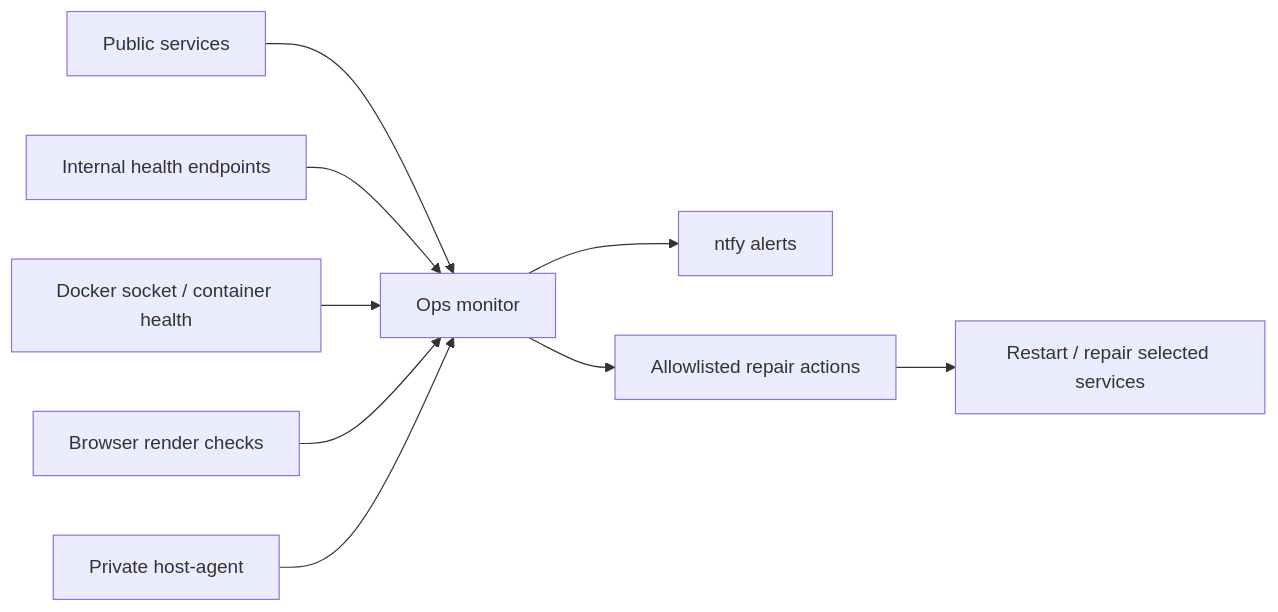
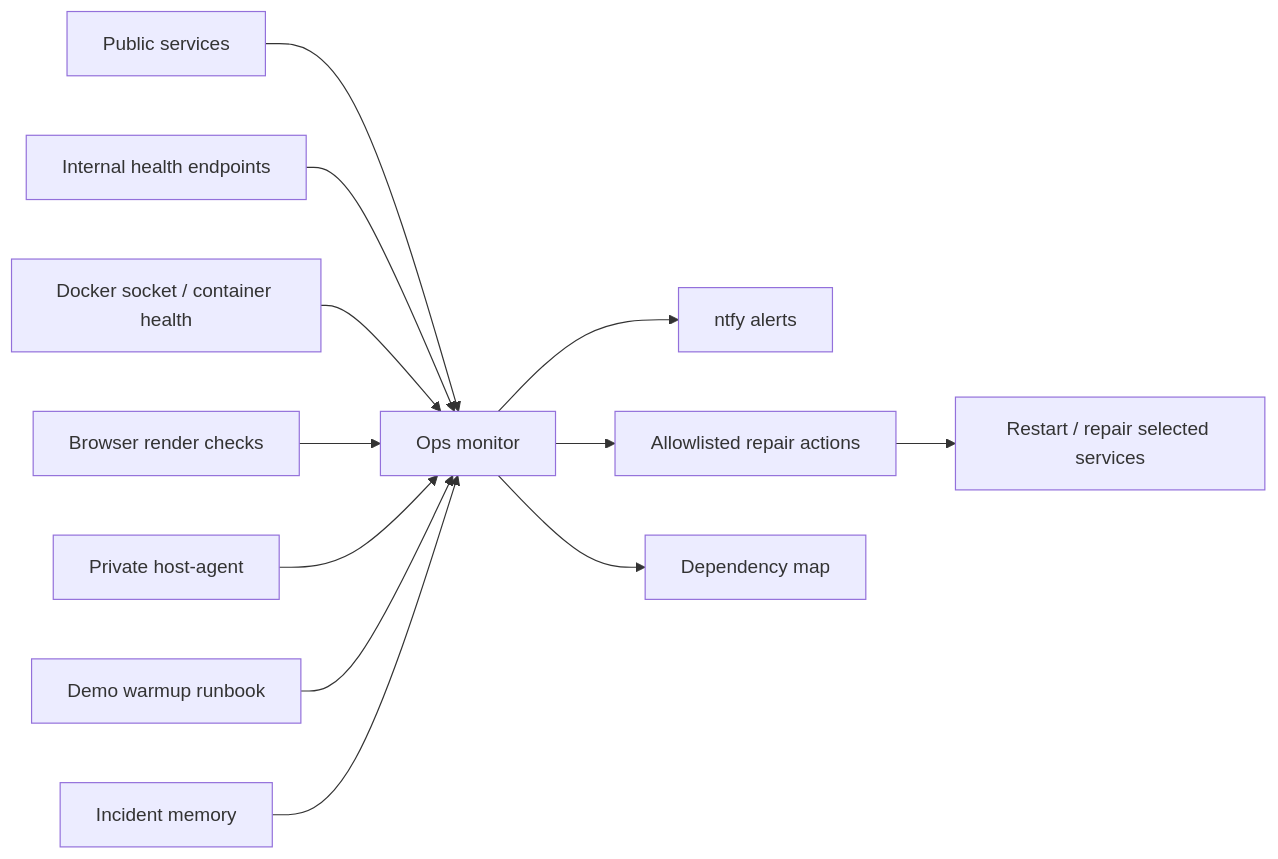
The diagram in public/code-notes/jackgpt-ops-control-room.md (jackvansickle1/JackGPTPortfolio), drawn with Mermaid before and after one commit. The commit also changed other lines of this file and 6 other files, not shown here.

````diff
--- a/public/code-notes/jackgpt-ops-control-room.md
+++ b/public/code-notes/jackgpt-ops-control-room.md
@@ -17,11 +19,14 @@
 ```mermaid
 flowchart LR
   Public["Public services"] --> Ops["Ops monitor"]
   Internal["Internal health endpoints"] --> Ops
   Docker["Docker socket / container health"] --> Ops
   Browser["Browser render checks"] --> Ops
   Host["Private host-agent"] --> Ops
+  Runbook["Demo warmup runbook"] --> Ops
+  Incidents["Incident memory"] --> Ops
   Ops --> Alerts["ntfy alerts"]
   Ops --> Repairs["Allowlisted repair actions"]
+  Ops --> Map["Dependency map"]
   Repairs --> Services["Restart / repair selected services"]
 ```
````
